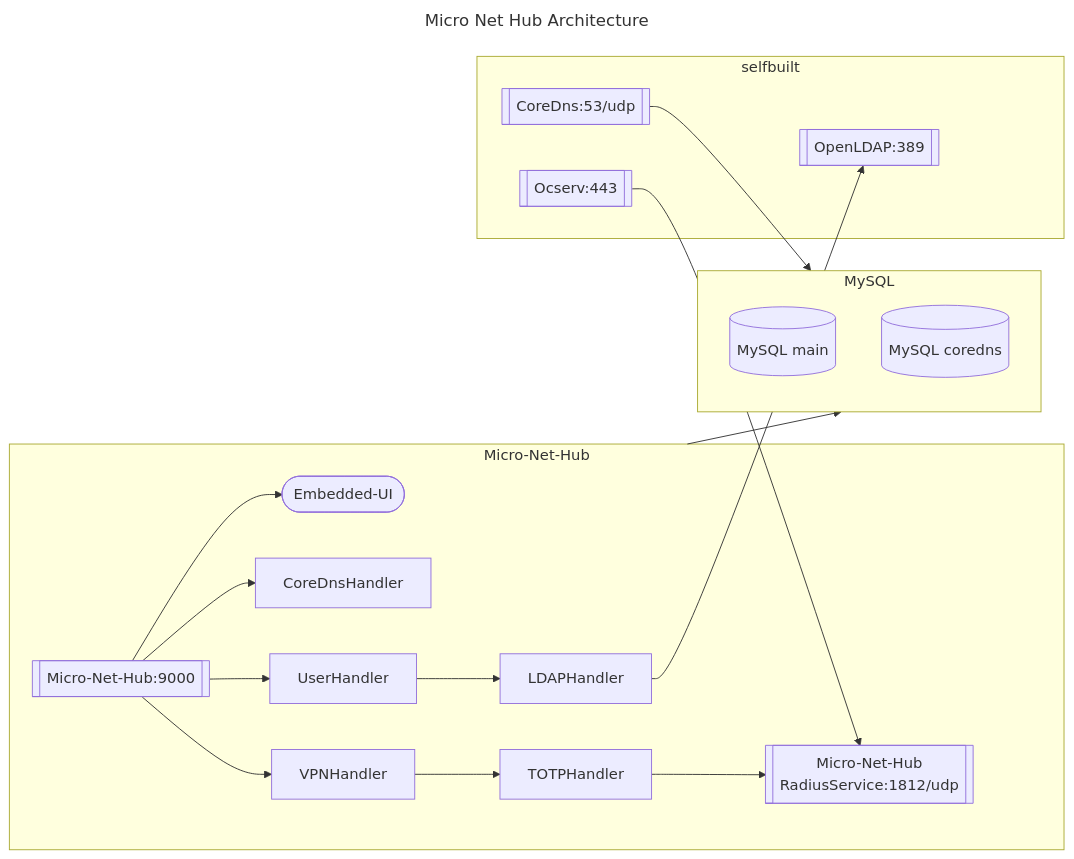
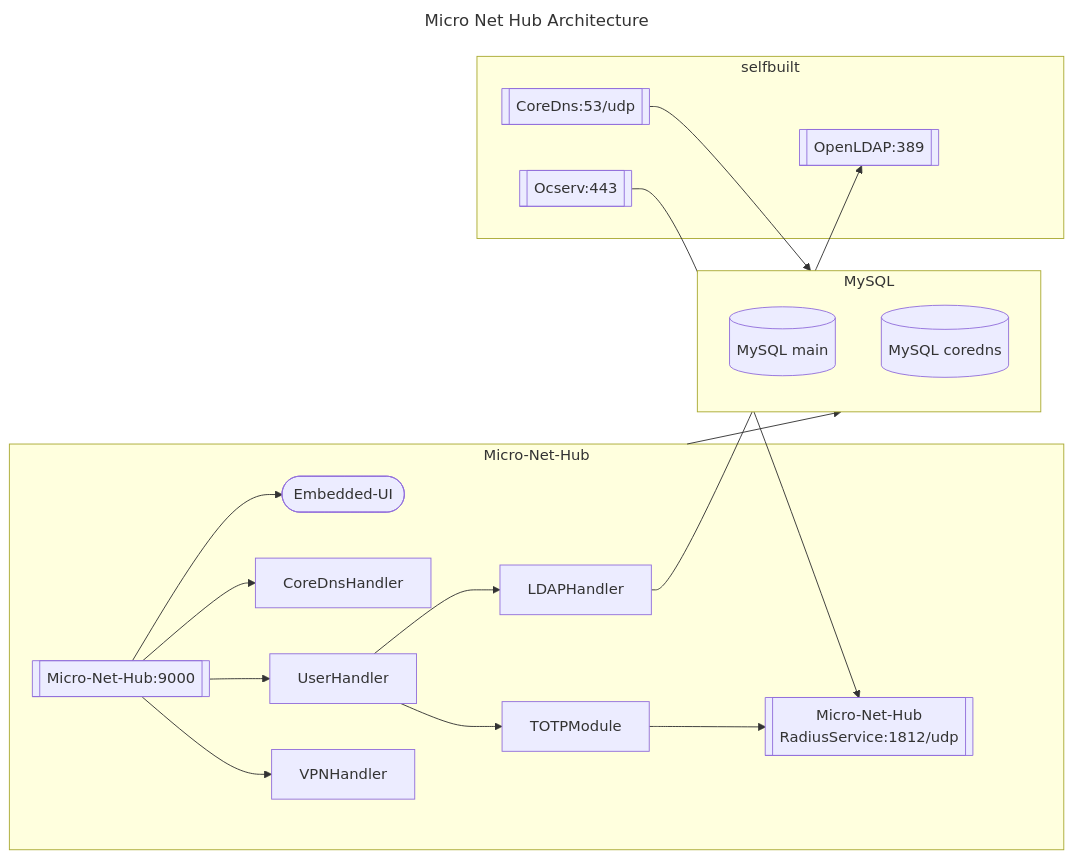
One commit to bagechashu/micro-net-hub changed the first of 2 diagrams in README.md. Above: the diagram before and after it, drawn with Mermaid. The commit also changed other lines of this file, not shown here.

````diff
--- a/README.md
+++ b/README.md
@@ -26,38 +22,38 @@
 ```mermaid
 ---
 title: Micro Net Hub Architecture
 ---
 flowchart LR
   %% Service provide by Micro-Net-Hub
   subgraph Micro-Net-Hub
     main[[Micro-Net-Hub:9000]]
     radius[[Micro-Net-Hub<br>RadiusService:1812/udp]]
     ui([Embedded-UI])
 
     %% Architecture
     main --> ui
     main --> CoreDnsHandler & UserHandler & VPNHandler
     UserHandler --> LDAPHandler
-    TOTPHandler --> radius
-    VPNHandler --> TOTPHandler
+    UserHandler --> TOTPModule
+    TOTPModule --> radius
   end
   Micro-Net-Hub --> MySQL
   coredns --> MySQL
   LDAPHandler --> openldap
   ocserv --> radius
 
   %% Service provide by third-party, need deployed by yourself.
   subgraph selfbuilt
    openldap[[OpenLDAP:389]]
    ocserv[[Ocserv:443]]
    coredns[[CoreDns:53/udp]]
   end
 
   %% Database
   subgraph MySQL
     mysql-main[(MySQL main)]
     mysql-coredns[(MySQL coredns)]
   end
 
 
 ```
````
